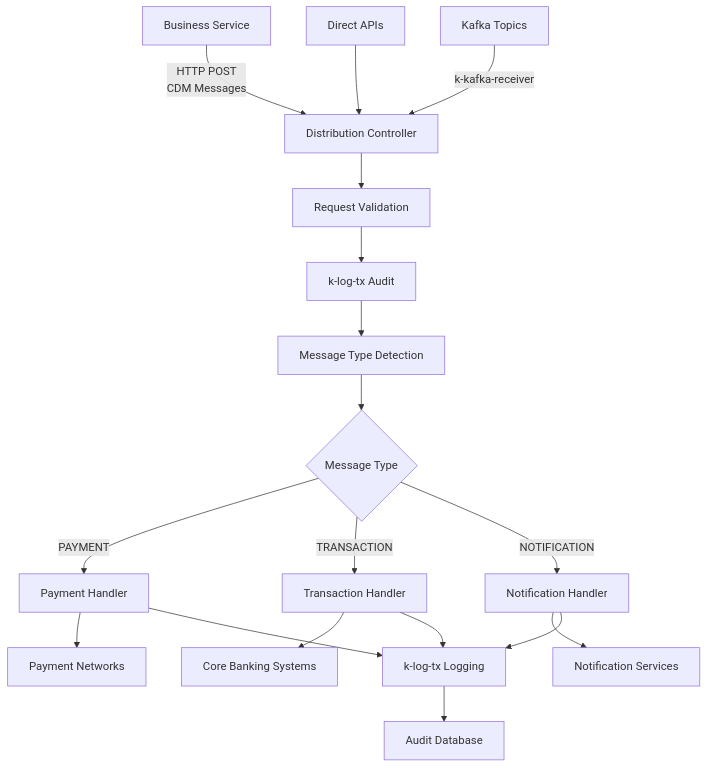
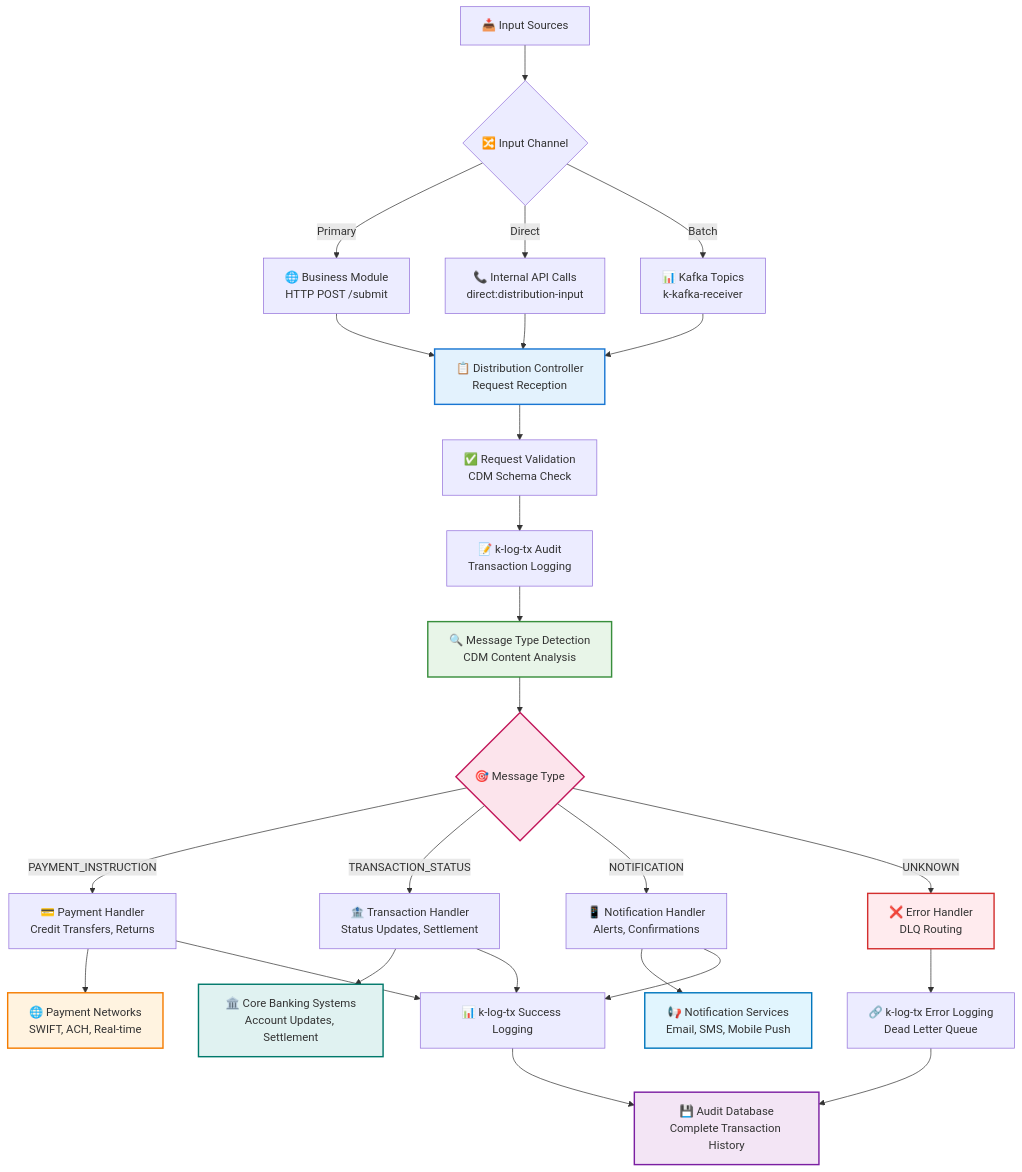
One commit to nasreddine1985/pixel-v2 changed the second of 2 diagrams in distribution/README.md. Above: the diagram before and after it, drawn with Mermaid. The commit also changed other lines of this file and 2 other files, not shown here.

Commit message:
(docs) (ingestion) update readme

````diff
--- a/distribution/README.md
+++ b/distribution/README.md
@@ -42,25 +55,49 @@
 ```mermaid
-flowchart TD
-    A[Business Service] -->|HTTP POST<br/>CDM Messages| B[Distribution Controller]
-    C[Direct APIs] --> B
-    D[Kafka Topics] -->|k-kafka-receiver| B
+flowchart TB
+    A[📥 Input Sources]
 
-    B --> E[Request Validation]
-    E --> F[k-log-tx Audit]
-    F --> G[Message Type Detection]
+    A --> B{🔀 Input Channel}
 
-    G --> H{Message Type}
-    H -->|PAYMENT| I[Payment Handler]
-    H -->|TRANSACTION| J[Transaction Handler]
-    H -->|NOTIFICATION| K[Notification Handler]
+    B -->|Primary| C[🌐 Business Module<br/>HTTP POST /submit]
+    B -->|Direct| D[📞 Internal API Calls<br/>direct:distribution-input]
+    B -->|Batch| E[📊 Kafka Topics<br/>k-kafka-receiver]
 
-    I --> L[Payment Networks]
-    J --> M[Core Banking Systems]
-    K --> N[Notification Services]
+    C --> F[📋 Distribution Controller<br/>Request Reception]
+    D --> F
+    E --> F
 
-    I --> O[k-log-tx Logging]
-    J --> O
-    K --> O
+    F --> G[✅ Request Validation<br/>CDM Schema Check]
 
-    O --> P[Audit Database]
+    G --> H[📝 k-log-tx Audit<br/>Transaction Logging]
+
+    H --> I[🔍 Message Type Detection<br/>CDM Content Analysis]
+
+    I --> J{🎯 Message Type}
+
+    J -->|PAYMENT_INSTRUCTION| K[💳 Payment Handler<br/>Credit Transfers, Returns]
+    J -->|TRANSACTION_STATUS| L[🏦 Transaction Handler<br/>Status Updates, Settlement]
+    J -->|NOTIFICATION| M[📱 Notification Handler<br/>Alerts, Confirmations]
+    J -->|UNKNOWN| N[❌ Error Handler<br/>DLQ Routing]
+
+    K --> O[🌐 Payment Networks<br/>SWIFT, ACH, Real-time]
+    L --> P[🏛️ Core Banking Systems<br/>Account Updates, Settlement]
+    M --> Q[📢 Notification Services<br/>Email, SMS, Mobile Push]
+    N --> R[🔗 k-log-tx Error Logging<br/>Dead Letter Queue]
+
+    K --> S[📊 k-log-tx Success Logging]
+    L --> S
+    M --> S
+
+    S --> T[💾 Audit Database<br/>Complete Transaction History]
+    R --> T
+
+    %% Styling
+    style F fill:#e3f2fd,stroke:#1976d2,stroke-width:2px
+    style I fill:#e8f5e8,stroke:#388e3c,stroke-width:2px
+    style J fill:#fce4ec,stroke:#c2185b,stroke-width:2px
+    style O fill:#fff3e0,stroke:#f57c00,stroke-width:2px
+    style P fill:#e0f2f1,stroke:#00796b,stroke-width:2px
+    style Q fill:#e1f5fe,stroke:#0277bd,stroke-width:2px
+    style N fill:#ffebee,stroke:#d32f2f,stroke-width:2px
+    style T fill:#f3e5f5,stroke:#7b1fa2,stroke-width:2px
 ```
````
